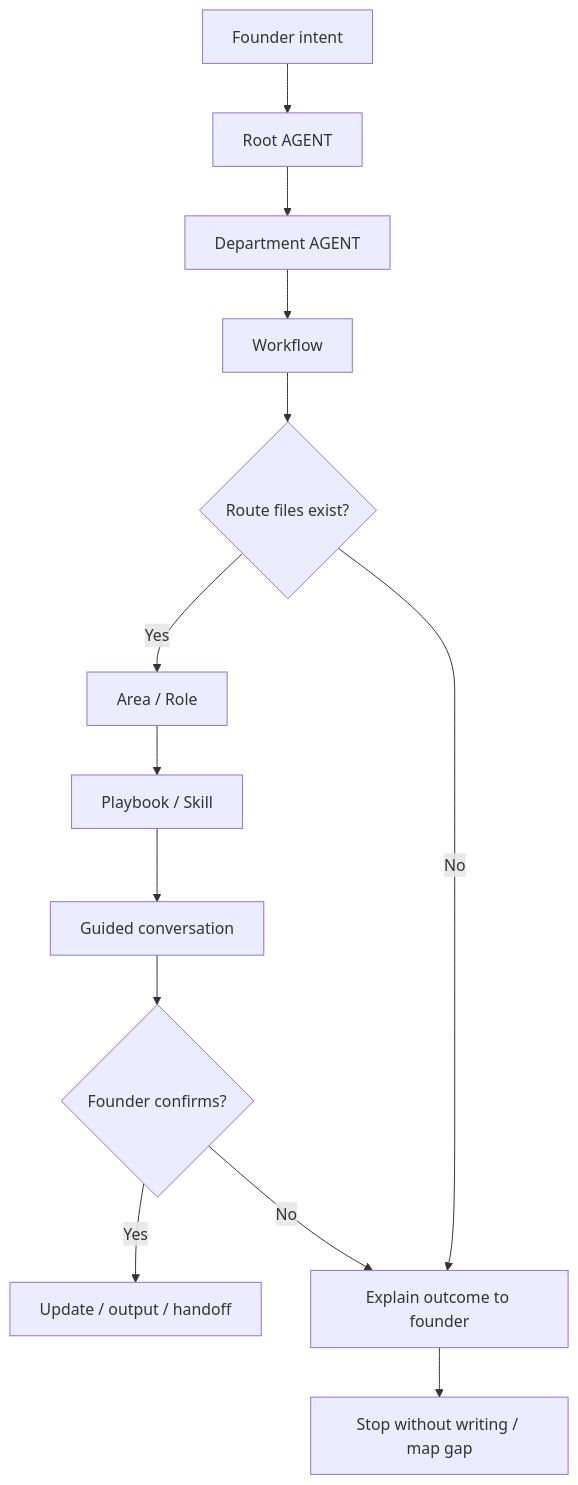
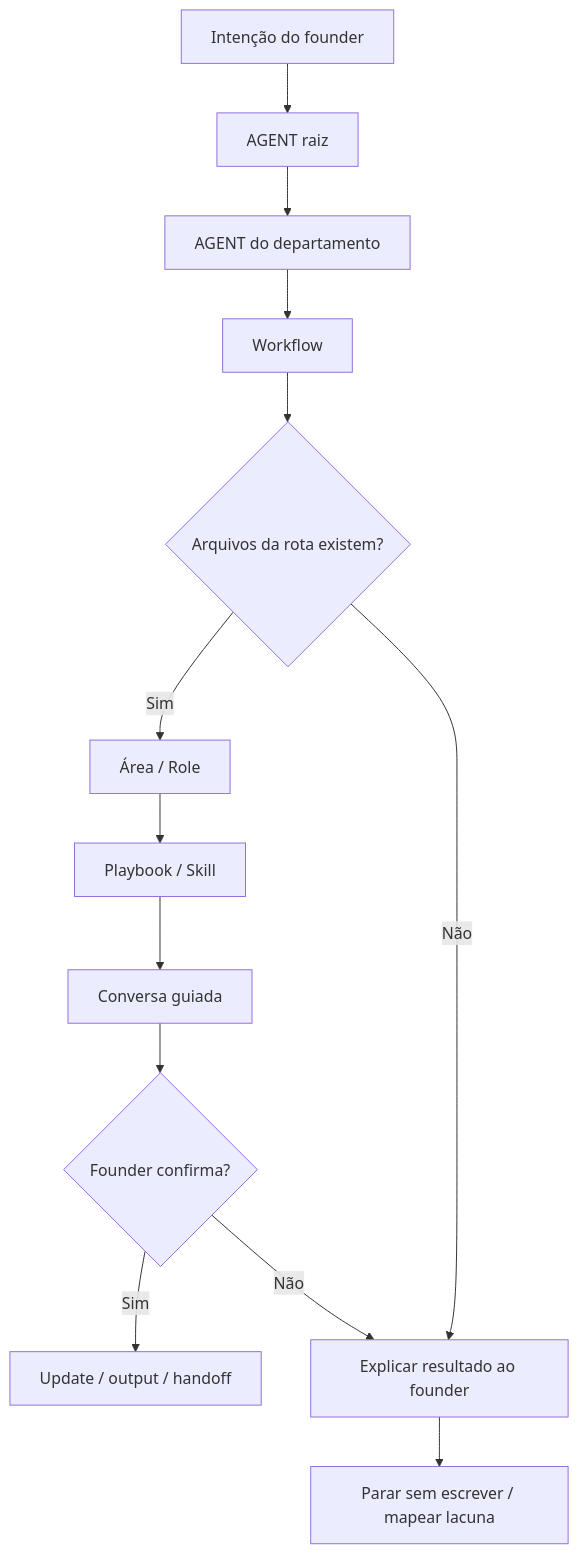
Before and after one commit to desousajhonny/leanOS: the diagram in docs/framework/founder-journeys/journey-template.md, drawn with Mermaid. The commit also changed other lines of this file and 23 other files, not shown here.

````diff
--- a/docs/framework/founder-journeys/journey-template.md
+++ b/docs/framework/founder-journeys/journey-template.md
@@ -28,22 +28,22 @@
 ```mermaid
 flowchart TD
-  A["Founder intent"]
-  B["Root AGENT"]
-  C["Department AGENT"]
+  A["Intenção do founder"]
+  B["AGENT raiz"]
+  C["AGENT do departamento"]
   D["Workflow"]
-  E{"Route files exist?"}
-  F["Area / Role"]
+  E{"Arquivos da rota existem?"}
+  F["Área / Role"]
   G["Playbook / Skill"]
-  H["Guided conversation"]
-  I{"Founder confirms?"}
+  H["Conversa guiada"]
+  I{"Founder confirma?"}
   J["Update / output / handoff"]
-  K["Explain outcome to founder"]
-  L["Stop without writing / map gap"]
+  K["Explicar resultado ao founder"]
+  L["Parar sem escrever / mapear lacuna"]
 
   A --> B --> C --> D --> E
-  E -->|Yes| F --> G --> H --> I
-  E -->|No| K
-  I -->|Yes| J
-  I -->|No| K
+  E -->|Sim| F --> G --> H --> I
+  E -->|Não| K
+  I -->|Sim| J
+  I -->|Não| K
   K --> L
 ```
````
